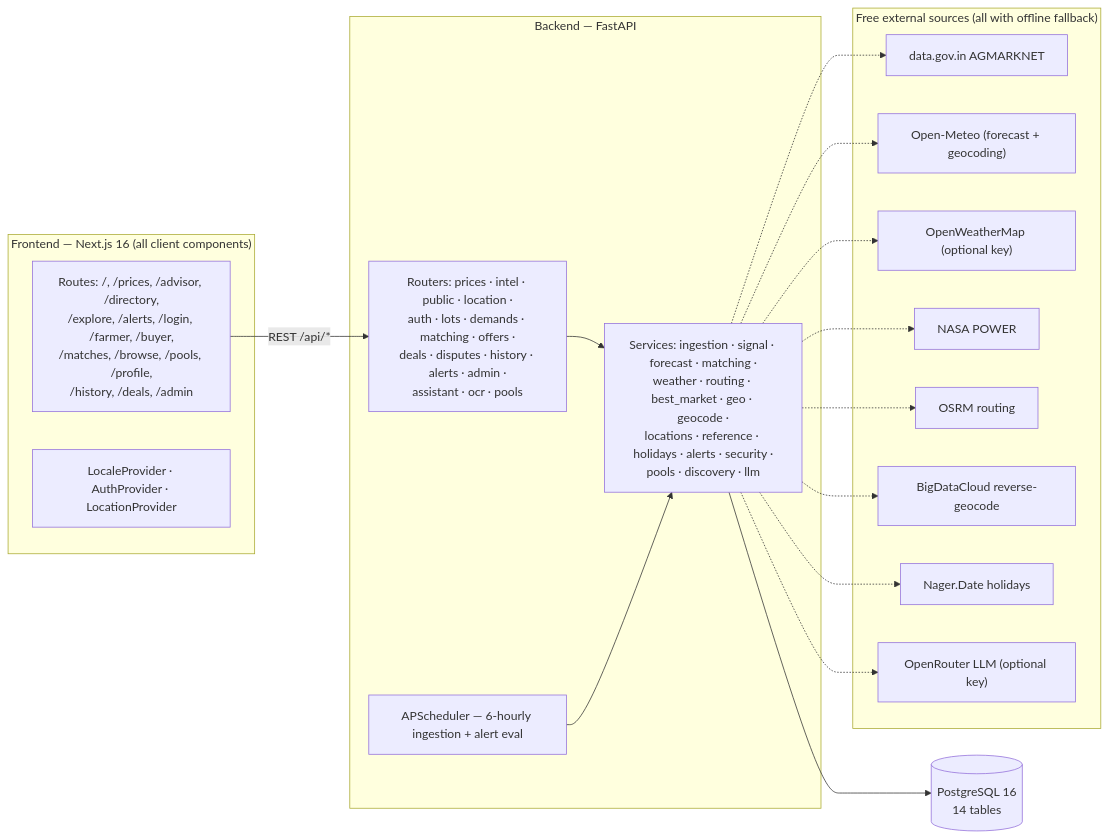
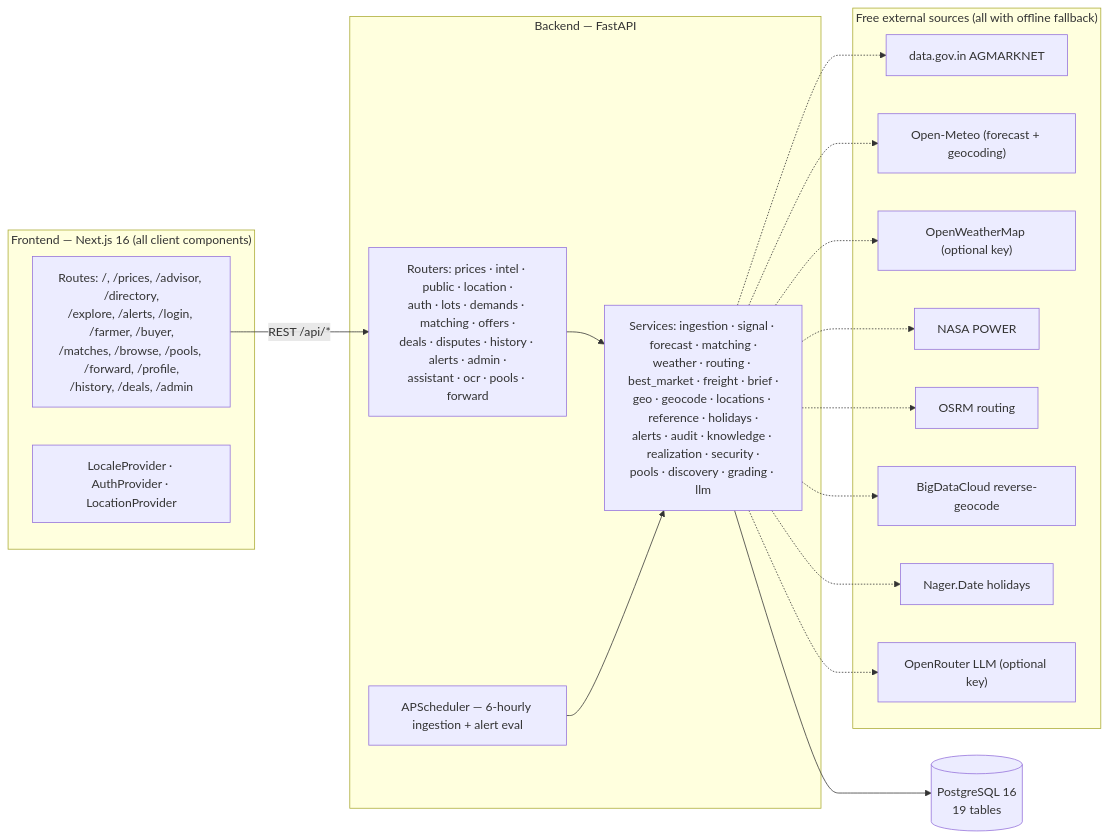
One commit to umangjzx/Sih-26132 changed the first of 3 diagrams in README.md. Above: the diagram before and after it, drawn with Mermaid. The commit also changed other lines of this file and 2 other files, not shown here.

````diff
--- a/README.md
+++ b/README.md
@@ -108,32 +124,32 @@
 ```mermaid
 flowchart LR
     subgraph Client["Frontend — Next.js 16 (all client components)"]
-      UI["Routes: /, /prices, /advisor, /directory,\n/explore, /alerts, /login, /farmer, /buyer,\n/matches, /browse, /pools, /profile,\n/history, /deals, /admin"]
+      UI["Routes: /, /prices, /advisor, /directory,\n/explore, /alerts, /login, /farmer, /buyer,\n/matches, /browse, /pools, /forward, /profile,\n/history, /deals, /admin"]
       Providers["LocaleProvider · AuthProvider · LocationProvider"]
     end
 
     subgraph API["Backend — FastAPI"]
-      Routers["Routers: prices · intel · public · location ·\nauth · lots · demands · matching · offers ·\ndeals · disputes · history · alerts · admin ·\nassistant · ocr · pools"]
-      Services["Services: ingestion · signal · forecast · matching ·\nweather · routing · best_market · geo · geocode ·\nlocations · reference · holidays · alerts · security ·\npools · discovery · llm"]
+      Routers["Routers: prices · intel · public · location ·\nauth · lots · demands · matching · offers ·\ndeals · disputes · history · alerts · admin ·\nassistant · ocr · pools · forward"]
+      Services["Services: ingestion · signal · forecast · matching ·\nweather · routing · best_market · freight · brief ·\ngeo · geocode · locations · reference · holidays ·\nalerts · audit · knowledge · realization · security ·\npools · discovery · grading · llm"]
       Sched["APScheduler — 6-hourly ingestion + alert eval"]
     end
 
-    DB[("PostgreSQL 16\n14 tables")]
+    DB[("PostgreSQL 16\n19 tables")]
 
     subgraph Ext["Free external sources (all with offline fallback)"]
       AGMARKNET["data.gov.in AGMARKNET"]
       OM["Open-Meteo (forecast + geocoding)"]
       OWM["OpenWeatherMap (optional key)"]
       POWER["NASA POWER"]
       OSRM["OSRM routing"]
       BDC["BigDataCloud reverse-geocode"]
       NAGER["Nager.Date holidays"]
       OR["OpenRouter LLM (optional key)"]
     end
 
     UI -->|"REST /api/*"| Routers
     Routers --> Services
     Services --> DB
     Sched --> Services
     Services -.-> AGMARKNET & OM & OWM & POWER & OSRM & BDC & NAGER & OR
 ```
````
